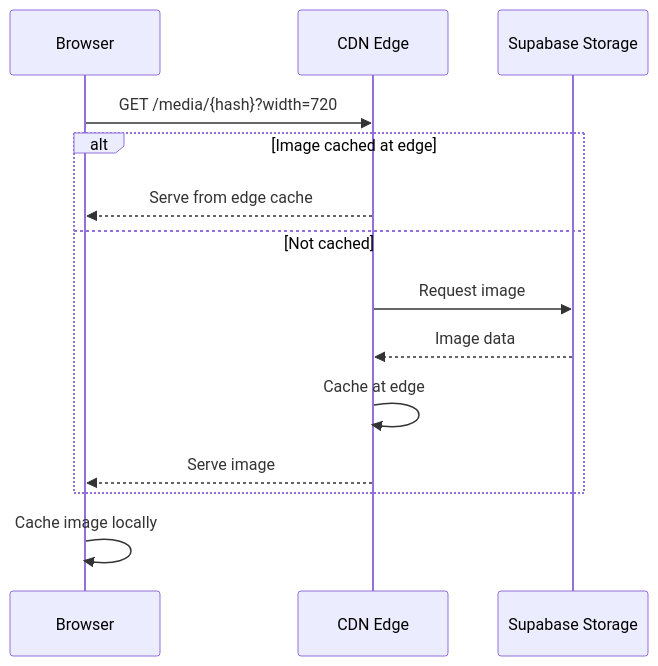
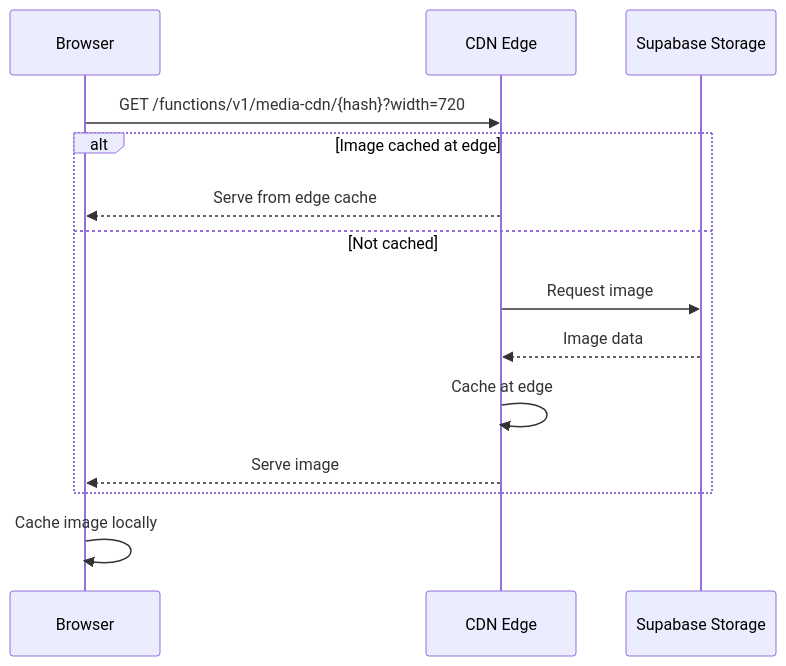
One commit to jkjan/nowhereland changed the fourth of 4 diagrams in prd/06-media-management.md. Above: the diagram before and after it, drawn with Mermaid. The commit also changed other lines of this file and 18 other files, not shown here.

````diff
--- a/prd/06-media-management.md
+++ b/prd/06-media-management.md
@@ -478,19 +335,19 @@
 ```mermaid
 sequenceDiagram
     participant B as Browser
     participant CDN as CDN Edge
     participant ORIGIN as Supabase Storage
     
-    B->>CDN: GET /media/{hash}?width=720
+    B->>CDN: GET /functions/v1/media-cdn/{hash}?width=720
     
     alt Image cached at edge
         CDN-->>B: Serve from edge cache
     else Not cached
         CDN->>ORIGIN: Request image
         ORIGIN-->>CDN: Image data
         CDN->>CDN: Cache at edge
         CDN-->>B: Serve image
     end
     
     B->>B: Cache image locally
 ```
````
